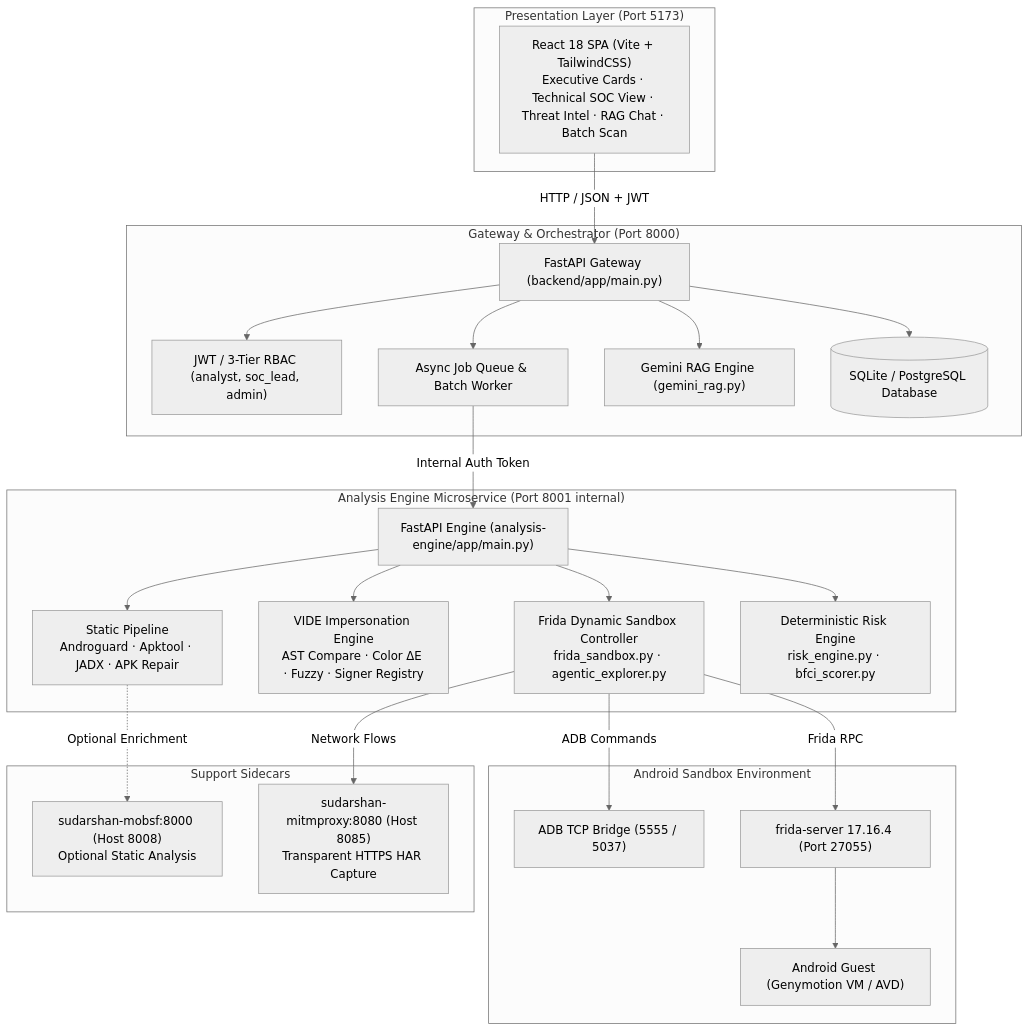
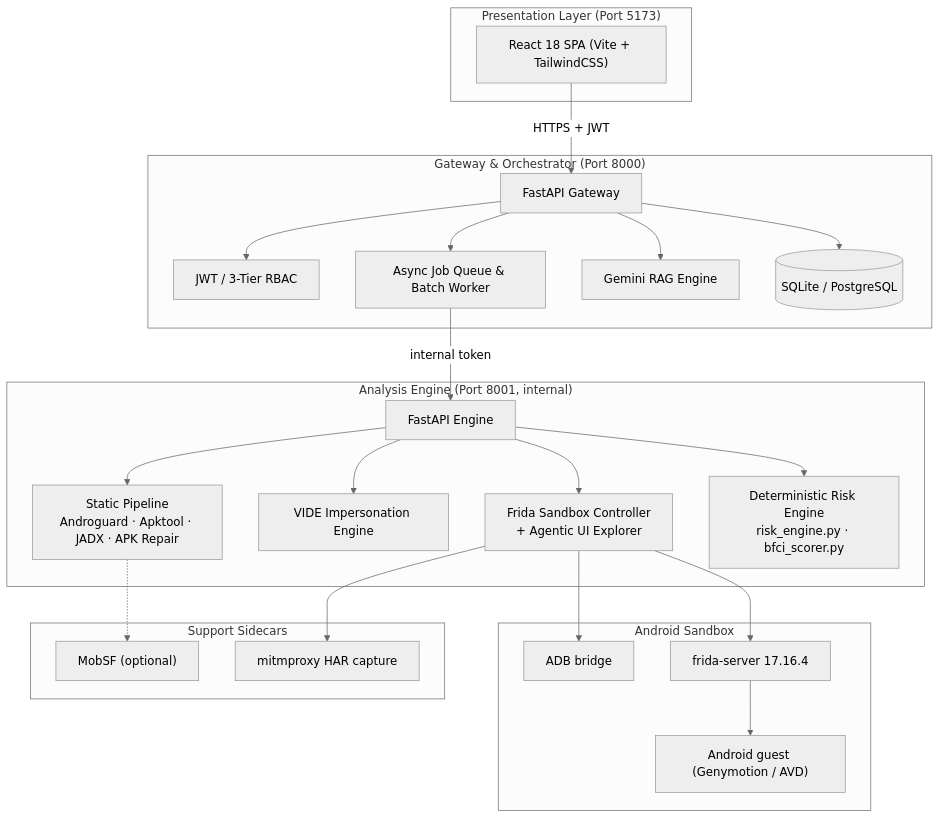
Before and after one commit to SanTiwari07/Sudarshan: the diagram in README.md, drawn with Mermaid (neutral theme). The commit also changed other lines of this file, not shown here.

Commit message:
docs: rewrite README as a story with animated graphics and screenshots

````diff
--- a/README.md
+++ b/README.md
@@ -122,51 +212,41 @@
 ```mermaid
 graph TB
     subgraph Client_Layer["Presentation Layer (Port 5173)"]
-        UI["React 18 SPA (Vite + TailwindCSS)<br/>Executive Cards · Technical SOC View · Threat Intel · RAG Chat · Batch Scan"]
+        UI["React 18 SPA (Vite + TailwindCSS)"]
     end
 
     subgraph Gateway_Layer["Gateway & Orchestrator (Port 8000)"]
-        API["FastAPI Gateway (backend/app/main.py)"]
-        AUTH["JWT / 3-Tier RBAC (analyst, soc_lead, admin)"]
+        API["FastAPI Gateway"]
+        AUTH["JWT / 3-Tier RBAC"]
         QUEUE["Async Job Queue & Batch Worker"]
-        RAG["Gemini RAG Engine (gemini_rag.py)"]
-        DB[(SQLite / PostgreSQL Database)]
+        RAG["Gemini RAG Engine"]
+        DB[(SQLite / PostgreSQL)]
     end
 
-    subgraph Microservice_Layer["Analysis Engine Microservice (Port 8001 internal)"]
-        ENG["FastAPI Engine (analysis-engine/app/main.py)"]
+    subgraph Microservice_Layer["Analysis Engine (Port 8001, internal)"]
+        ENG["FastAPI Engine"]
         STATIC["Static Pipeline<br/>Androguard · Apktool · JADX · APK Repair"]
-        VIDE_ENG["VIDE Impersonation Engine<br/>AST Compare · Color ΔE · Fuzzy · Signer Registry"]
-        DYNAMIC["Frida Dynamic Sandbox Controller<br/>frida_sandbox.py · agentic_explorer.py"]
+        VIDE_ENG["VIDE Impersonation Engine"]
+        DYNAMIC["Frida Sandbox Controller<br/>+ Agentic UI Explorer"]
         RISK["Deterministic Risk Engine<br/>risk_engine.py · bfci_scorer.py"]
     end
 
     subgraph Sidecar_Layer["Support Sidecars"]
-        MOBSF["sudarshan-mobsf:8000 (Host 8008)<br/>Optional Static Analysis"]
-        MITM["sudarshan-mitmproxy:8080 (Host 8085)<br/>Transparent HTTPS HAR Capture"]
+        MOBSF["MobSF (optional)"]
+        MITM["mitmproxy HAR capture"]
     end
 
-    subgraph Sandbox_Layer["Android Sandbox Environment"]
-        ADB["ADB TCP Bridge (5555 / 5037)"]
-        FRIDA["frida-server 17.16.4 (Port 27055)"]
-        GUEST["Android Guest (Genymotion VM / AVD)"]
+    subgraph Sandbox_Layer["Android Sandbox"]
+        ADB["ADB bridge"]
+        FRIDA["frida-server 17.16.4"]
+        GUEST["Android guest (Genymotion / AVD)"]
     end
 
-    UI -->|HTTP / JSON + JWT| API
-    API --> AUTH
-    API --> QUEUE
-    API --> RAG
-    API --> DB
-
-    QUEUE -->|Internal Auth Token| ENG
-    ENG --> STATIC
-    ENG --> VIDE_ENG
-    ENG --> DYNAMIC
-    ENG --> RISK
-
-    STATIC -.->|Optional Enrichment| MOBSF
-    DYNAMIC -->|Network Flows| MITM
-    DYNAMIC -->|ADB Commands| ADB
-    DYNAMIC -->|Frida RPC| FRIDA
+    UI -->|HTTPS + JWT| API
+    API --> AUTH & QUEUE & RAG & DB
+    QUEUE -->|internal token| ENG
+    ENG --> STATIC & VIDE_ENG & DYNAMIC & RISK
+    STATIC -.-> MOBSF
+    DYNAMIC --> MITM & ADB & FRIDA
     FRIDA --> GUEST
 ```
````
